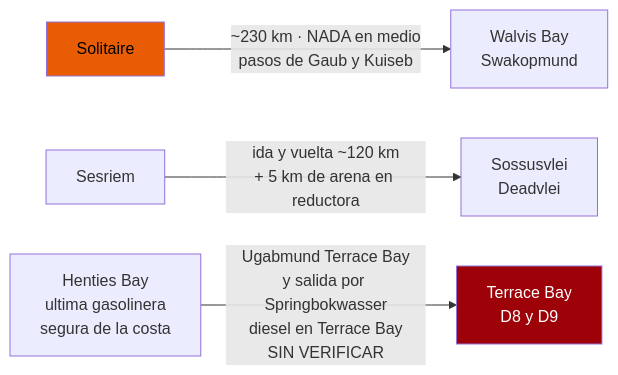
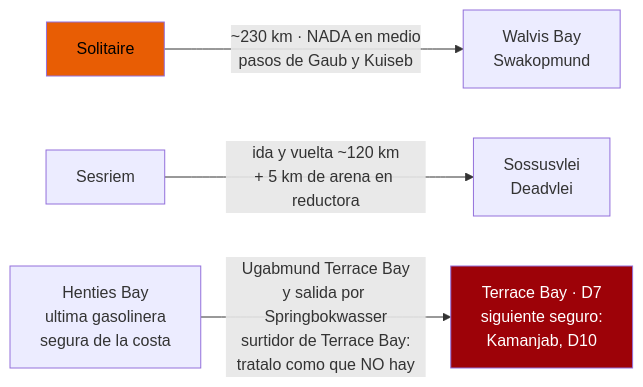
The first of 2 diagrams in 07-logistica.md (morandeirachema/namibia), drawn with Mermaid before and after one commit. The commit also changed other lines of this file and 28 other files, not shown here.

````diff
--- a/07-logistica.md
+++ b/07-logistica.md
@@ -144,8 +144,8 @@
 ```mermaid
 flowchart LR
     S["Solitaire"] -->|"~230 km · NADA en medio<br/>pasos de Gaub y Kuiseb"| W["Walvis Bay<br/>Swakopmund"]
     SE["Sesriem"] -->|"ida y vuelta ~120 km<br/>+ 5 km de arena en reductora"| D["Sossusvlei<br/>Deadvlei"]
-    H["Henties Bay<br/>ultima gasolinera<br/>segura de la costa"] -->|"Ugabmund Terrace Bay<br/>y salida por Springbokwasser<br/>diesel en Terrace Bay<br/>SIN VERIFICAR"| T["Terrace Bay<br/>D8 y D9"]
+    H["Henties Bay<br/>ultima gasolinera<br/>segura de la costa"] -->|"Ugabmund Terrace Bay<br/>y salida por Springbokwasser<br/>surtidor de Terrace Bay:<br/>tratalo como que NO hay"| T["Terrace Bay · D7<br/>siguiente seguro:<br/>Kamanjab, D10"]
     style S fill:#e85d04,color:#000
     style T fill:#9d0208,color:#fff
 ```
````
